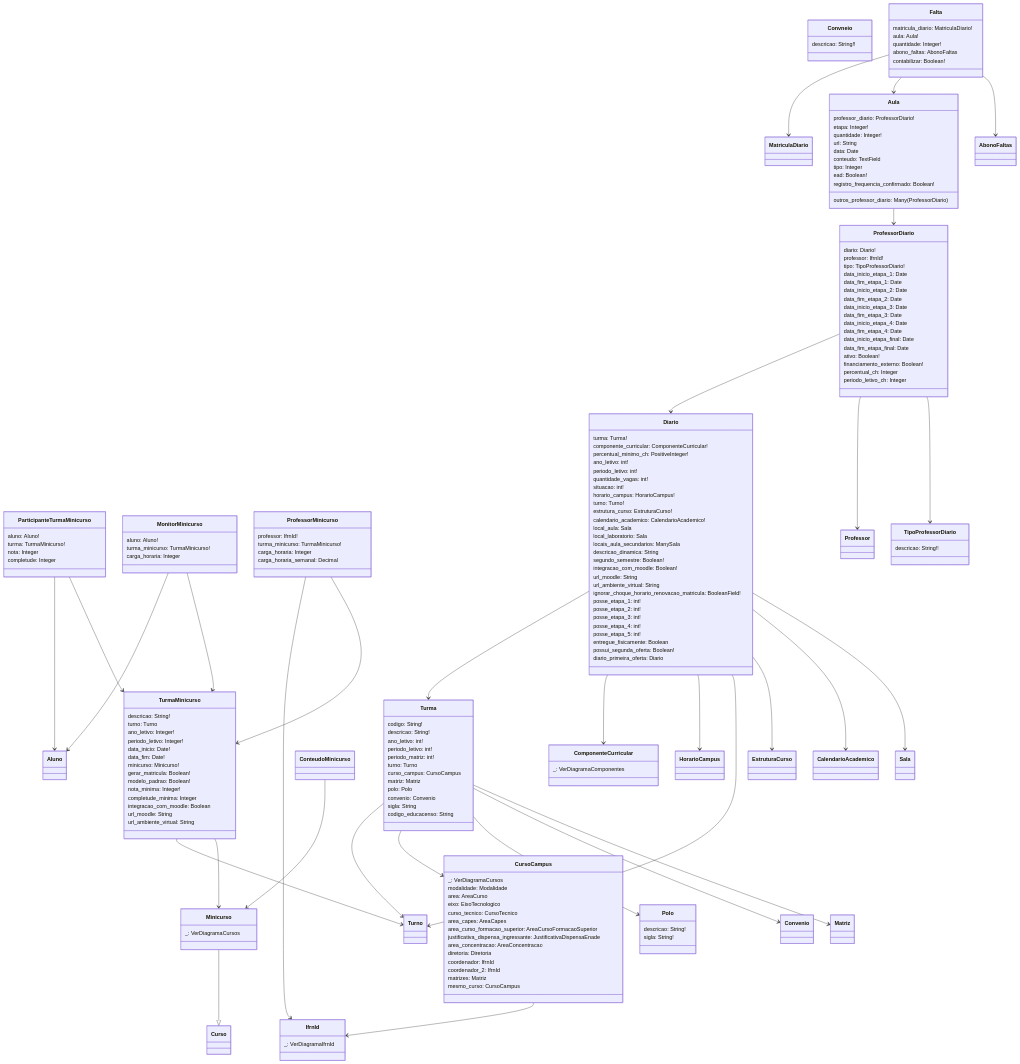
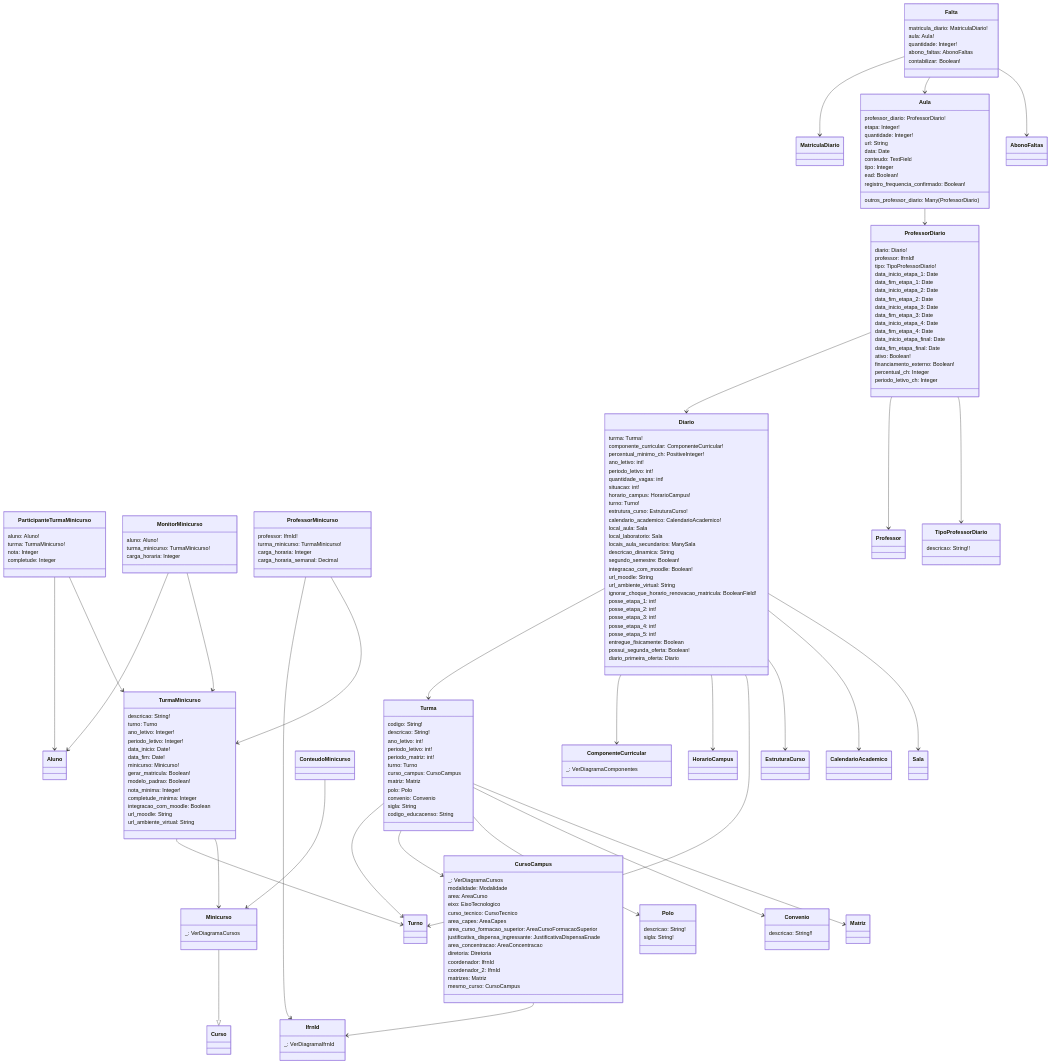
One commit to cte-zl-ifrn/cte-zl-ifrn.github.io changed the diagram in suap/edu/diarios.md. Above: the diagram before and after it, drawn with Mermaid.

Commit message:
ajustes no diagrama de diários

```diff
--- a/suap/edu/diarios.md
+++ b/suap/edu/diarios.md
@@ -59,7 +59,7 @@
         url_moodle: String
         url_ambiente_virtual: String
     }
-    class Convneio{
+    class Convenio{
         descricao: String!!
     }
     class Polo{
```
